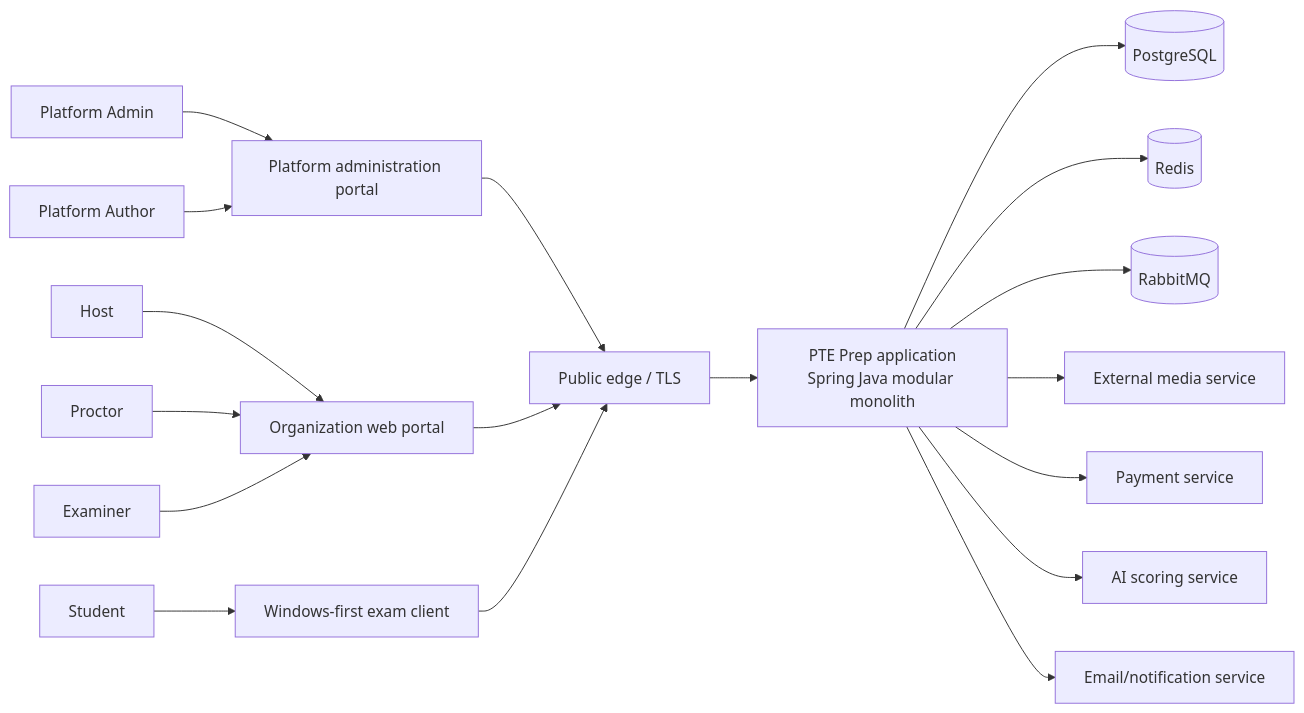
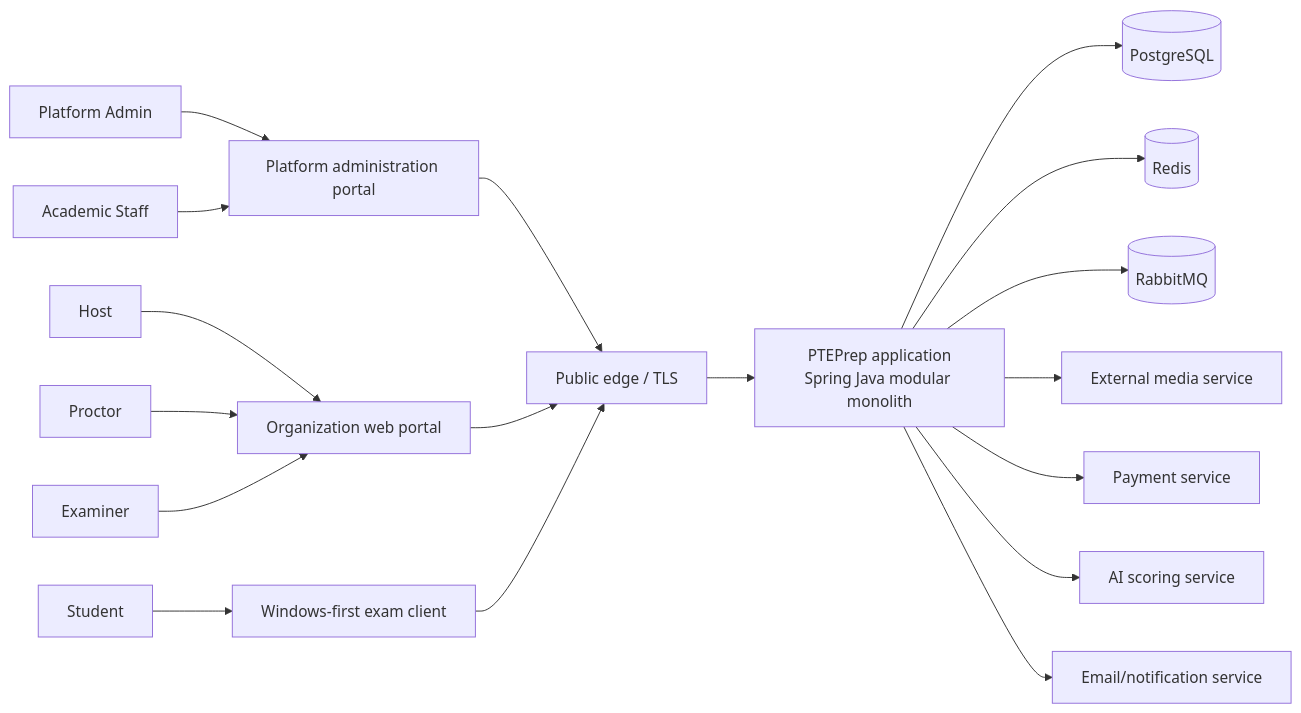
One commit to pte-org/pte-doc changed the first of 3 diagrams in report/report04/01-system-design.md. Above: the diagram before and after it, drawn with Mermaid. The commit also changed other lines of this file and 5 other files, not shown here.

````diff
--- a/report/report04/01-system-design.md
+++ b/report/report04/01-system-design.md
@@ -20,20 +20,20 @@
 ```mermaid
 flowchart LR
     PA[Platform Admin] --> V[Platform administration portal]
-    AUTHOR[Platform Author] --> V
+    AUTHOR[Academic Staff] --> V
     HOST[Host] --> T[Organization web portal]
     PROC[Proctor] --> T
     EXAMINER[Examiner] --> T
     STUDENT[Student] --> C[Windows-first exam client]
     V --> EDGE[Public edge / TLS]
     T --> EDGE
     C --> EDGE
-    EDGE --> APP[PTE Prep application\nSpring Java modular monolith]
+    EDGE --> APP[PTEPrep application\nSpring Java modular monolith]
     APP --> DB[(PostgreSQL)]
     APP --> CACHE[(Redis)]
     APP --> QUEUE[(RabbitMQ)]
     APP --> MEDIA[External media service]
     APP --> PAY[Payment service]
     APP --> AI[AI scoring service]
     APP --> MAIL[Email/notification service]
 ```
````
